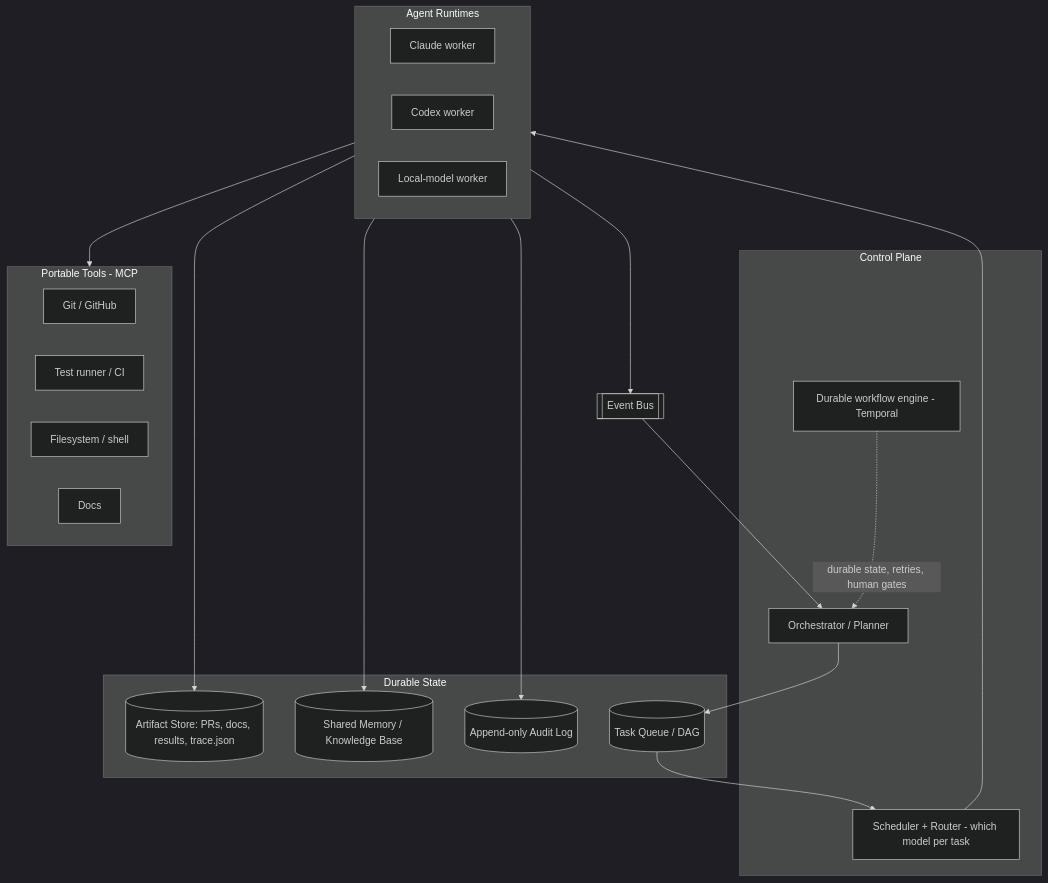
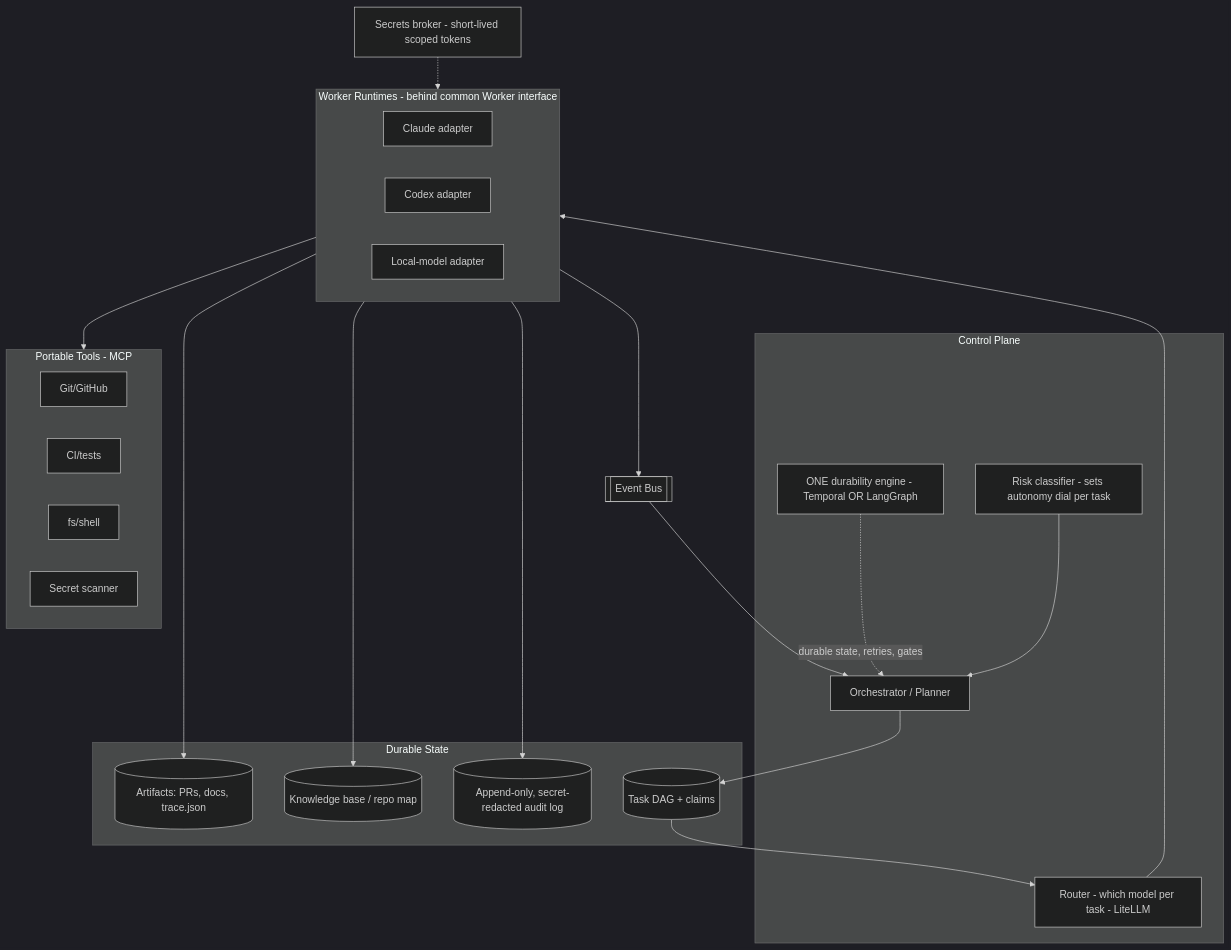
Before and after one commit to JNK234/claude-dotfiles: the second of 14 diagrams in research/autonomous-agent-fleet.md, drawn with Mermaid (dark theme). The commit also changed other lines of this file, not shown here.

````diff
--- a/research/autonomous-agent-fleet.md
+++ b/research/autonomous-agent-fleet.md
@@ -159,33 +166,34 @@
 ```mermaid
 flowchart TB
-    subgraph ControlPlane[Control Plane]
+    subgraph CP[Control Plane]
         ORCH[Orchestrator / Planner]
-        SCHED[Scheduler + Router - which model per task]
-        DUR[Durable workflow engine - Temporal]
+        SCHED[Router - which model per task - LiteLLM]
+        DUR[ONE durability engine - Temporal OR LangGraph]
+        RISK[Risk classifier - sets autonomy dial per task]
     end
-    subgraph State[Durable State]
-        TQ[(Task Queue / DAG)]
-        MEM[(Shared Memory / Knowledge Base)]
-        ART[(Artifact Store: PRs, docs, results, trace.json)]
-        AUD[(Append-only Audit Log)]
+    subgraph ST[Durable State]
+        TQ[(Task DAG + claims)]
+        MEM[(Knowledge base / repo map)]
+        ART[(Artifacts: PRs, docs, trace.json)]
+        AUD[(Append-only, secret-redacted audit log)]
     end
-    subgraph Runtime[Agent Runtimes]
-        RC[Claude worker]
-        RX[Codex worker]
-        RL[Local-model worker]
+    subgraph RT[Worker Runtimes - behind common Worker interface]
+        RC[Claude adapter]
+        RX[Codex adapter]
+        RL[Local-model adapter]
     end
-    subgraph Tools[Portable Tools - MCP]
-        GIT[Git / GitHub]
-        TEST[Test runner / CI]
-        FS[Filesystem / shell]
-        DOC[Docs]
+    subgraph TL[Portable Tools - MCP]
+        GIT[Git/GitHub]
+        TEST[CI/tests]
+        FS[fs/shell]
+        SEC[Secret scanner]
     end
     EVT[[Event Bus]]
-    ORCH --> TQ --> SCHED --> Runtime
-    DUR -.durable state, retries, human gates.-> ORCH
-    Runtime --> Tools
-    Runtime --> ART
-    Runtime --> MEM
-    Runtime --> AUD
-    Runtime --> EVT --> ORCH
+    BROK[Secrets broker - short-lived scoped tokens]
+    ORCH-->TQ-->SCHED-->RT-->TL
+    RISK-->ORCH
+    DUR-.durable state, retries, gates.->ORCH
+    RT-->ART & MEM & AUD & EVT
+    BROK-.->RT
+    EVT-->ORCH
 ```
````
